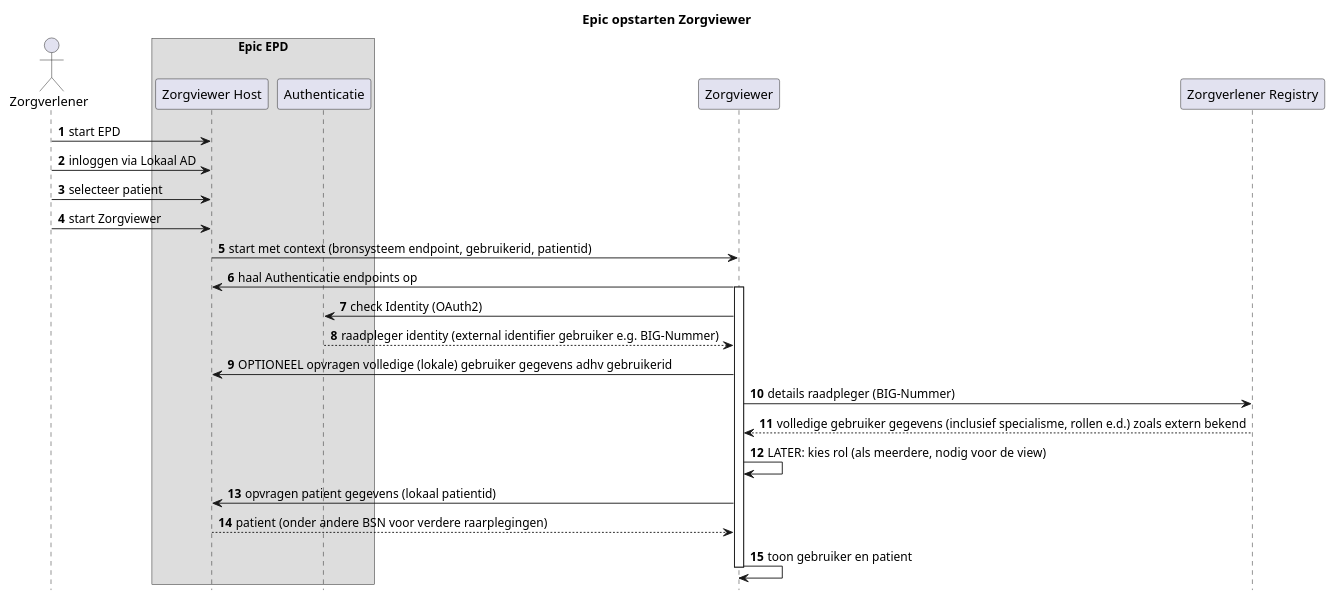
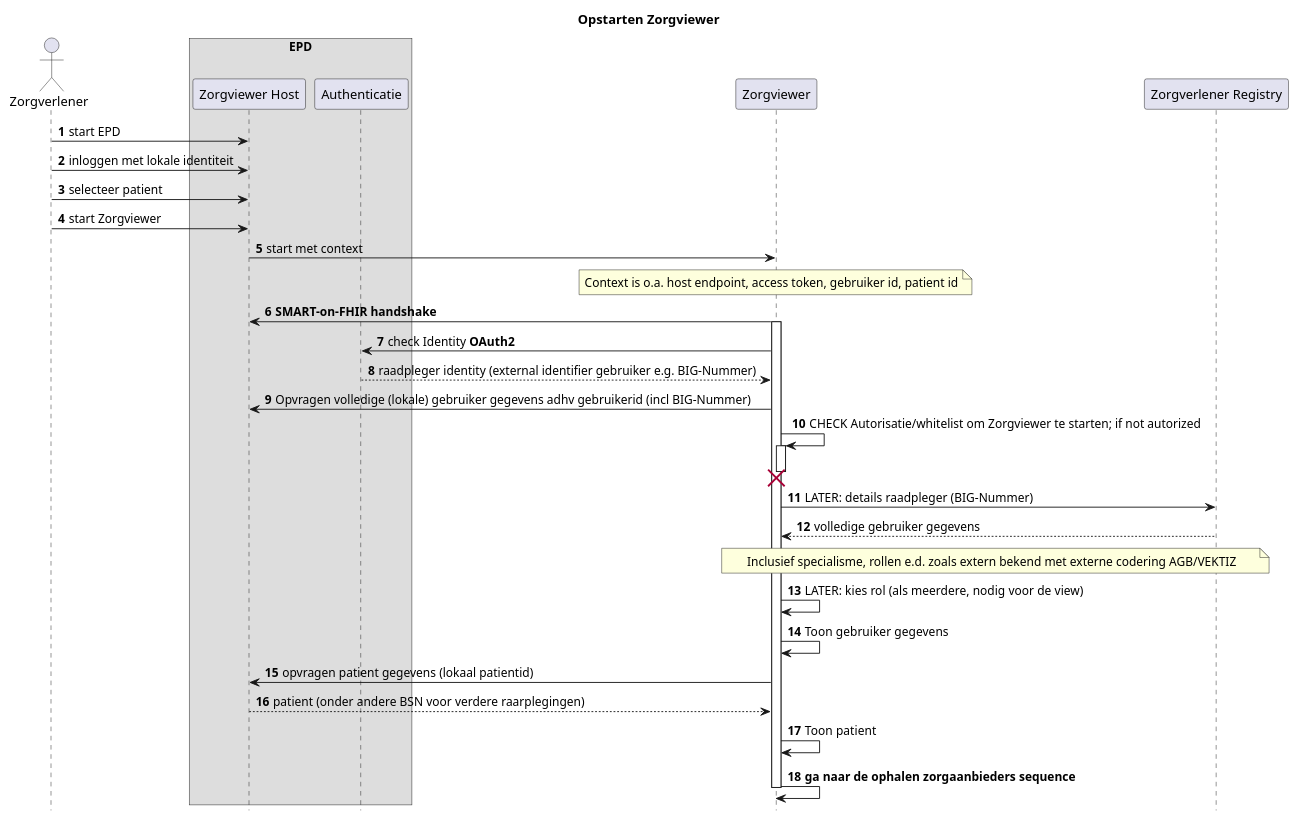
One commit to RIVO-Noord/zorgviewer-ig changed the diagram in input/images-source/Zorgviewer-seq-1.plantuml. Above: the diagram before and after it, drawn with PlantUML. The commit also changed 12 other files, not shown here.

```diff
--- a/input/images-source/Zorgviewer-seq-1.plantuml
+++ b/input/images-source/Zorgviewer-seq-1.plantuml
@@ -1,34 +1,50 @@
 @startuml
 hide footbox
 autonumber
 
-title Epic opstarten Zorgviewer
+title Opstarten Zorgviewer
 
 actor Zorgverlener
-box "Epic EPD"
+box "EPD"
 participant "Zorgviewer Host" as Host
 participant Authenticatie
 end box
 participant Zorgviewer
 participant "Zorgverlener Registry" as ZorgverlenerRegistry
 
 Zorgverlener->Host: start EPD
-Zorgverlener->Host: inloggen via Lokaal AD
+Zorgverlener->Host: inloggen met lokale identiteit
 Zorgverlener->Host: selecteer patient
 Zorgverlener->Host: start Zorgviewer
-Host->Zorgviewer: start met context (bronsysteem endpoint, gebruikerid, patientid)
-Zorgviewer->Host: haal Authenticatie endpoints op
+Host->Zorgviewer: start met context
+note over Zorgviewer
+ Context is o.a. host endpoint, access token, gebruiker id, patient id
+end note
+Zorgviewer->Host: **SMART-on-FHIR handshake**
 
 activate Zorgviewer
-Zorgviewer->Authenticatie: check Identity (OAuth2)
+Zorgviewer->Authenticatie: check Identity **OAuth2**
 Authenticatie-->Zorgviewer: raadpleger identity (external identifier gebruiker e.g. BIG-Nummer)
-Zorgviewer->Host: OPTIONEEL opvragen volledige (lokale) gebruiker gegevens adhv gebruikerid
-Zorgviewer->ZorgverlenerRegistry: details raadpleger (BIG-Nummer)
-ZorgverlenerRegistry-->Zorgviewer: volledige gebruiker gegevens (inclusief specialisme, rollen e.d.) zoals extern bekend
+Zorgviewer->Host: Opvragen volledige (lokale) gebruiker gegevens adhv gebruikerid (incl BIG-Nummer)
+Zorgviewer->Zorgviewer++: CHECK Autorisatie/whitelist om Zorgviewer te starten; if not autorized
+destroy Zorgviewer
+
+Zorgviewer->ZorgverlenerRegistry: LATER: details raadpleger (BIG-Nummer)
+ZorgverlenerRegistry-->Zorgviewer: volledige gebruiker gegevens 
+note over ZorgverlenerRegistry,Zorgviewer
+  Inclusief specialisme, rollen e.d. zoals extern bekend met externe codering AGB/VEKTIZ
+end note
+
 Zorgviewer->Zorgviewer: LATER: kies rol (als meerdere, nodig voor de view)
+
+Zorgviewer->Zorgviewer: Toon gebruiker gegevens
+
 Zorgviewer->Host: opvragen patient gegevens (lokaal patientid)
 Host-->Zorgviewer: patient (onder andere BSN voor verdere raarplegingen)
-Zorgviewer->Zorgviewer: toon gebruiker en patient
+Zorgviewer->Zorgviewer: Toon patient
+
+Zorgviewer->Zorgviewer: **ga naar de ophalen zorgaanbieders sequence**
+
 deactivate Zorgviewer
 
 @enduml
```
